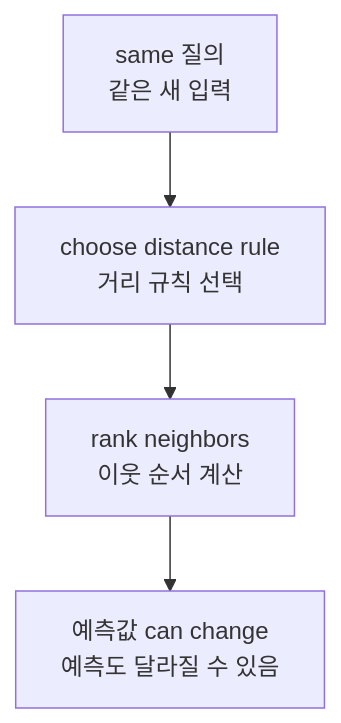
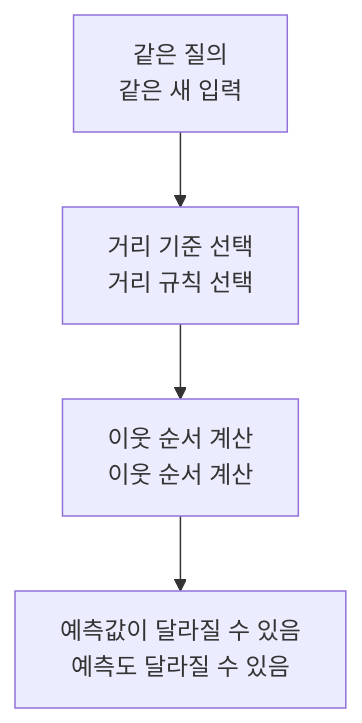
One commit to devchan64/AiBook changed the diagram in docs/assets/part-04/chapter-12/p4-12-2-mermaid-01-ko.mmd. Above: the diagram before and after it, drawn with Mermaid. The commit also changed 91 other files, not shown here.

Commit message:
Finalize Part 4 Korean and Chinese diagram localization

```diff
--- a/docs/assets/part-04/chapter-12/p4-12-2-mermaid-01-ko.mmd
+++ b/docs/assets/part-04/chapter-12/p4-12-2-mermaid-01-ko.mmd
@@ -1,7 +1,7 @@
 flowchart TD
-  A["same 질의<br/>같은 새 입력"]
-  B["choose distance rule<br/>거리 규칙 선택"]
-  C["rank neighbors<br/>이웃 순서 계산"]
-  D["예측값 can change<br/>예측도 달라질 수 있음"]
+  A["같은 질의<br/>같은 새 입력"]
+  B["거리 기준 선택<br/>거리 규칙 선택"]
+  C["이웃 순서 계산<br/>이웃 순서 계산"]
+  D["예측값이 달라질 수 있음<br/>예측도 달라질 수 있음"]
 
   A --> B --> C --> D
```
